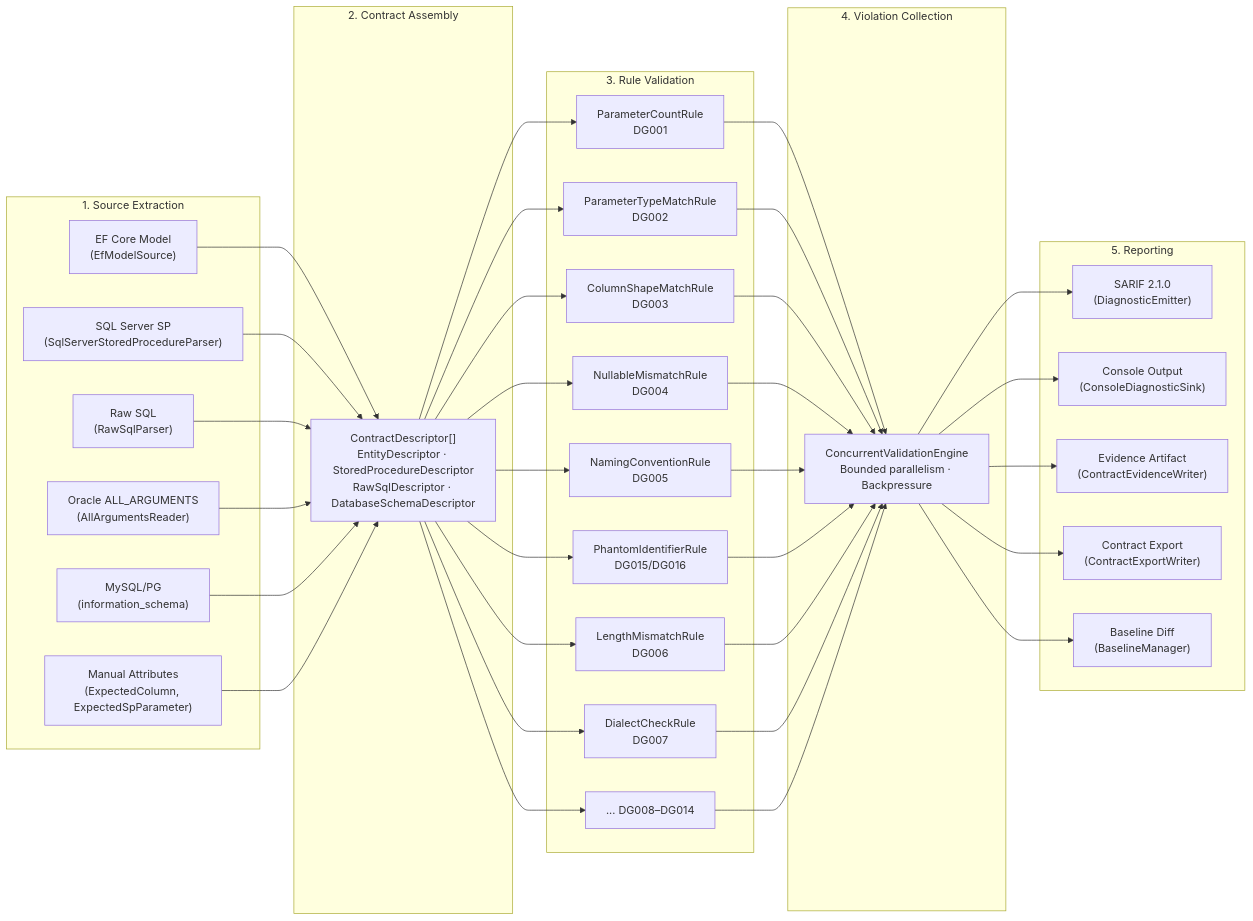
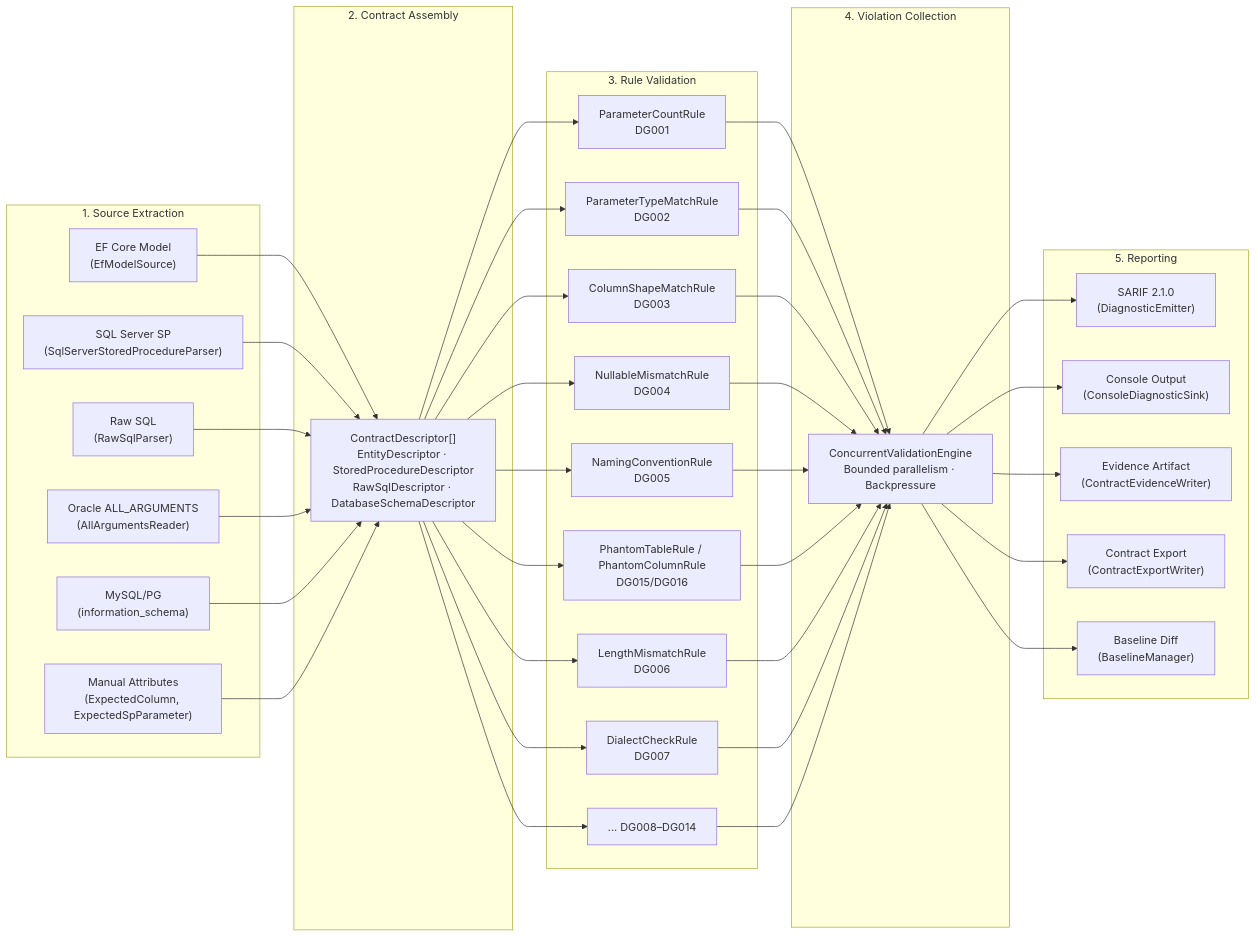
One commit to thanhnt-sm/eco_support_net_oracle changed the third of 6 diagrams in docs/02-architecture/system-architecture.md. Above: the diagram before and after it, drawn with Mermaid. The commit also changed other lines of this file and 408 other files, not shown here.

````diff
--- a/docs/02-architecture/system-architecture.md
+++ b/docs/02-architecture/system-architecture.md
@@ -134,44 +134,44 @@
 ```mermaid
 flowchart LR
     subgraph "1. Source Extraction"
         A1["EF Core Model<br/>(EfModelSource)"]
         A2["SQL Server SP<br/>(SqlServerStoredProcedureParser)"]
         A3["Raw SQL<br/>(RawSqlParser)"]
         A4["Oracle ALL_ARGUMENTS<br/>(AllArgumentsReader)"]
         A5["MySQL/PG<br/>(information_schema)"]
         A6["Manual Attributes<br/>(ExpectedColumn, ExpectedSpParameter)"]
     end
 
     subgraph "2. Contract Assembly"
         B["ContractDescriptor[]<br/>EntityDescriptor · StoredProcedureDescriptor<br/>RawSqlDescriptor · DatabaseSchemaDescriptor"]
     end
 
     subgraph "3. Rule Validation"
         C1["ParameterCountRule<br/>DG001"]
         C2["ParameterTypeMatchRule<br/>DG002"]
         C3["ColumnShapeMatchRule<br/>DG003"]
         C4["NullableMismatchRule<br/>DG004"]
         C5["NamingConventionRule<br/>DG005"]
-        C6["PhantomIdentifierRule<br/>DG015/DG016"]
+        C6["PhantomTableRule / PhantomColumnRule<br/>DG015/DG016"]
         C7["LengthMismatchRule<br/>DG006"]
         C8["DialectCheckRule<br/>DG007"]
         CN["... DG008–DG014"]
     end
 
     subgraph "4. Violation Collection"
         D["ConcurrentValidationEngine<br/>Bounded parallelism · Backpressure"]
     end
 
     subgraph "5. Reporting"
         E1["SARIF 2.1.0<br/>(DiagnosticEmitter)"]
         E2["Console Output<br/>(ConsoleDiagnosticSink)"]
         E3["Evidence Artifact<br/>(ContractEvidenceWriter)"]
         E4["Contract Export<br/>(ContractExportWriter)"]
         E5["Baseline Diff<br/>(BaselineManager)"]
     end
 
     A1 & A2 & A3 & A4 & A5 & A6 --> B
     B --> C1 & C2 & C3 & C4 & C5 & C6 & C7 & C8 & CN
     C1 & C2 & C3 & C4 & C5 & C6 & C7 & C8 & CN --> D
     D --> E1 & E2 & E3 & E4 & E5
 ```
````
